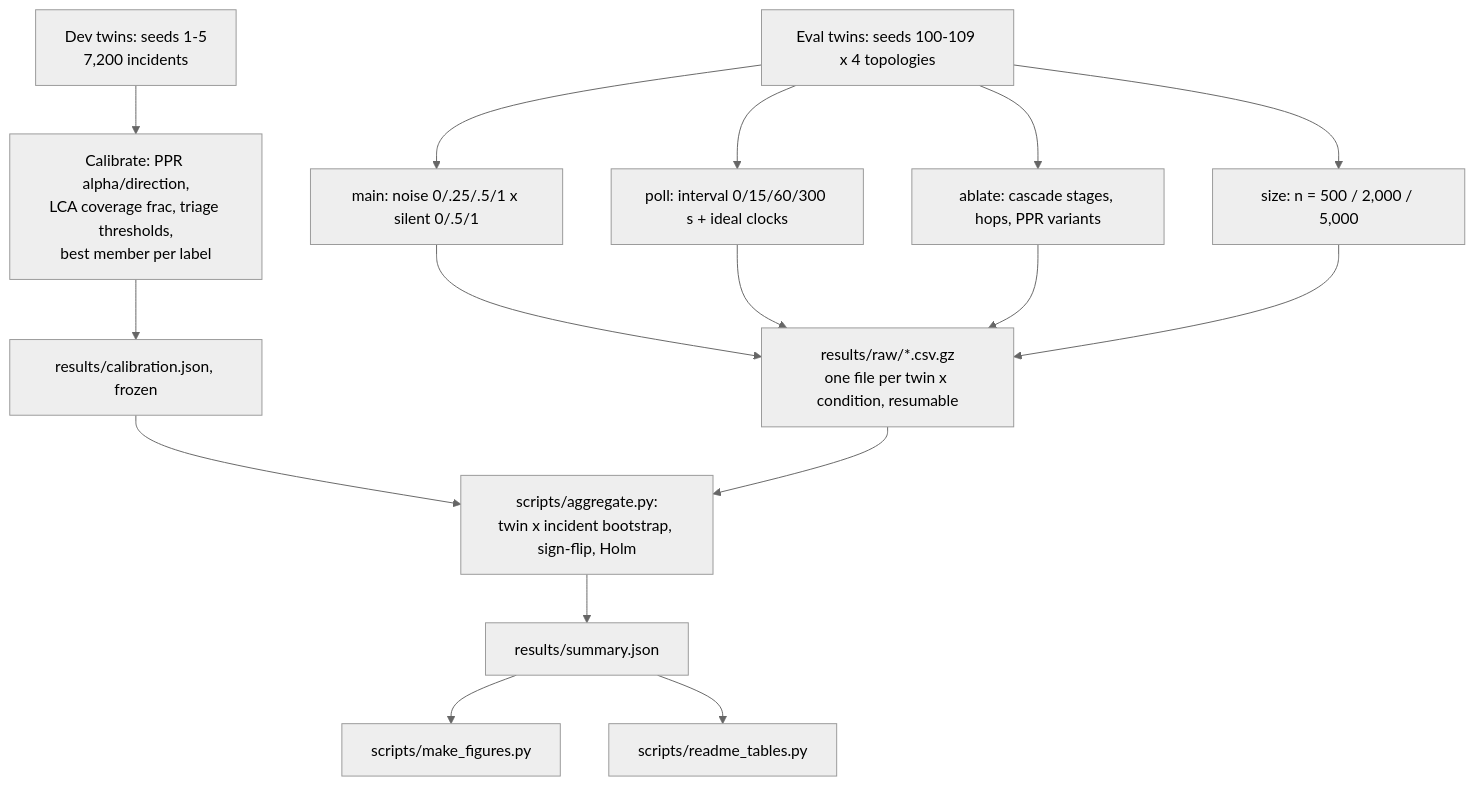
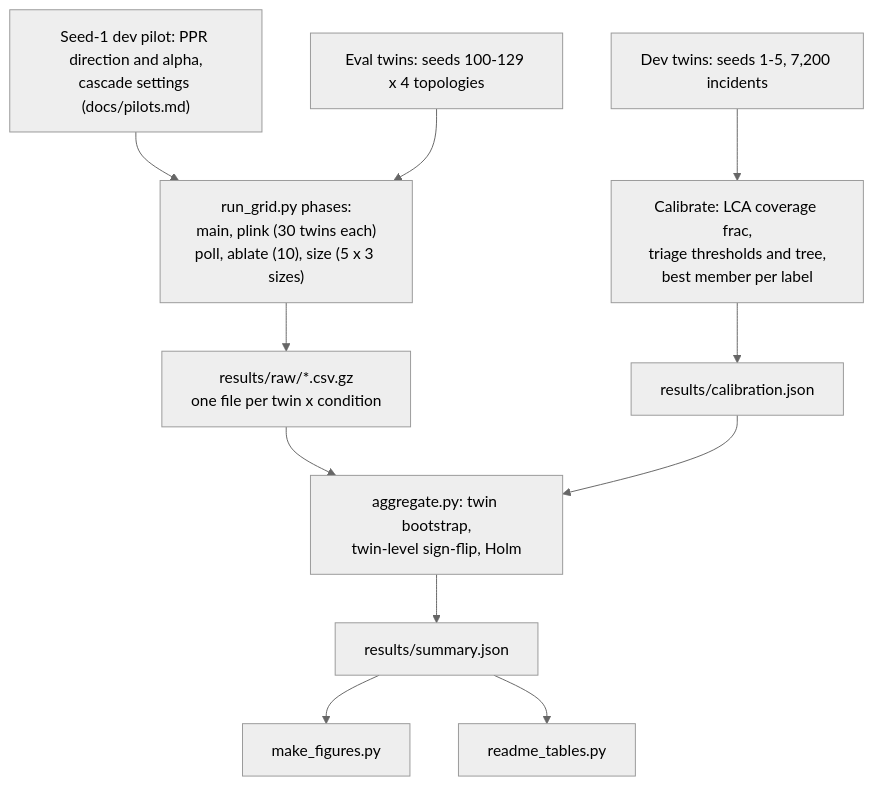
One commit to arman-dogru/alarm-centrality-rca-twin changed the third of 3 diagrams in README.md. Above: the diagram before and after it, drawn with Mermaid (neutral theme). The commit also changed other lines of this file and 2 other files, not shown here.

Commit message:
README/docs after review r1: conditional headline with p_link sweep, twin-level significance, blog citation and my-reading labels, pooled comparisons, fixed alt text and diagrams, reproduce block, hard mesh example

````diff
--- a/README.md
+++ b/README.md
@@ -90,13 +110,13 @@
 ```mermaid
 flowchart TB
-    DEV[Dev twins: seeds 1-5<br/>7,200 incidents] --> CAL[Calibrate: PPR alpha/direction,<br/>LCA coverage frac, triage thresholds,<br/>best member per label]
-    CAL --> FROZEN[results/calibration.json, frozen]
-    EVAL[Eval twins: seeds 100-109 x 4 topologies] --> MAIN[main: noise 0/.25/.5/1 x silent 0/.5/1]
-    EVAL --> POLL[poll: interval 0/15/60/300 s + ideal clocks]
-    EVAL --> ABL[ablate: cascade stages, hops, PPR variants]
-    EVAL --> SIZE[size: n = 500 / 2,000 / 5,000]
+    DEV["Dev twins: seeds 1-5, 7,200 incidents"] --> CAL["Calibrate: LCA coverage frac,<br/>triage thresholds and tree,<br/>best member per label"]
+    PIL["Seed-1 dev pilot: PPR direction and alpha,<br/>cascade settings (docs/pilots.md)"] --> RUN
+    CAL --> FROZEN["results/calibration.json"]
+    EVAL["Eval twins: seeds 100-129 x 4 topologies"] --> RUN["run_grid.py phases:<br/>main, plink (30 twins each)<br/>poll, ablate (10), size (5 x 3 sizes)"]
+    RUN --> RAW["results/raw/*.csv.gz<br/>one file per twin x condition"]
+    RAW --> AGG["aggregate.py: twin bootstrap,<br/>twin-level sign-flip, Holm"]
     FROZEN --> AGG
-    MAIN & POLL & ABL & SIZE --> RAW[results/raw/*.csv.gz<br/>one file per twin x condition, resumable]
-    RAW --> AGG[scripts/aggregate.py:<br/>twin x incident bootstrap, sign-flip, Holm]
-    AGG --> SUM[results/summary.json] --> FIG[scripts/make_figures.py] & TAB[scripts/readme_tables.py]
+    AGG --> SUM["results/summary.json"]
+    SUM --> FIG["make_figures.py"]
+    SUM --> TAB["readme_tables.py"]
 ```
````
